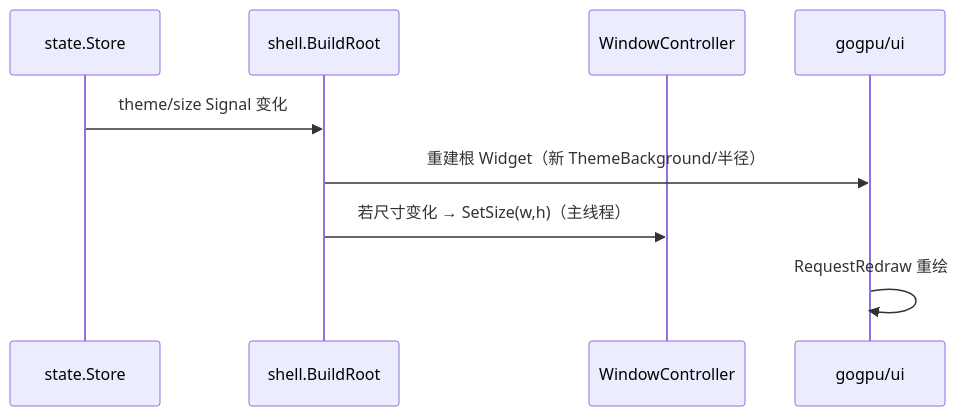
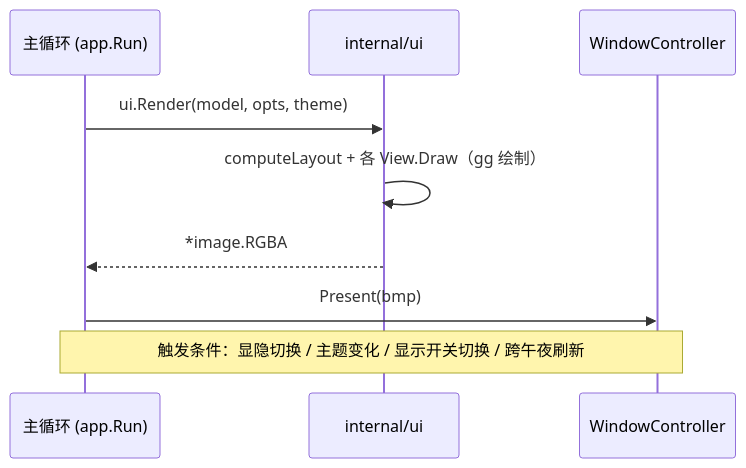
The third of 4 diagrams in docs/10-Shell/Layout.md (shaolei/DeskCalendar), drawn with Mermaid before and after one commit. The commit also changed other lines of this file and 25 other files, not shown here.

````diff
--- a/docs/10-Shell/Layout.md
+++ b/docs/10-Shell/Layout.md
@@ -111,12 +130,12 @@
 ```mermaid
 sequenceDiagram
-    participant State as state.Store
-    participant Layout as shell.BuildRoot
+    participant Main as 主循环 (app.Run)
+    participant UI as internal/ui
     participant Win as WindowController
-    participant UI as gogpu/ui
 
-    State->>Layout: theme/size Signal 变化
-    Layout->>UI: 重建根 Widget（新 ThemeBackground/半径）
-    Layout->>Win: 若尺寸变化 → SetSize(w,h)（主线程）
-    UI->>UI: RequestRedraw 重绘
+    Main->>UI: ui.Render(model, opts, theme)
+    UI->>UI: computeLayout + 各 View.Draw（gg 绘制）
+    UI-->>Main: *image.RGBA
+    Main->>Win: Present(bmp)
+    Note over Main,Win: 触发条件：显隐切换 / 主题变化 / 显示开关切换 / 跨午夜刷新
 ```
````
